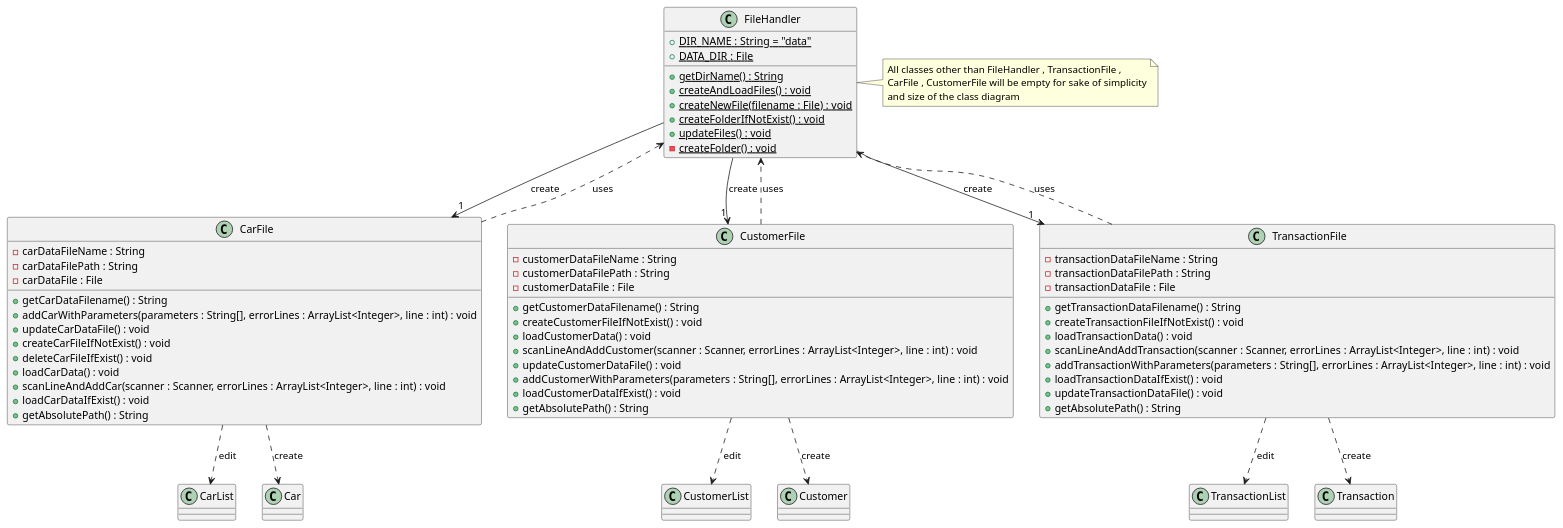
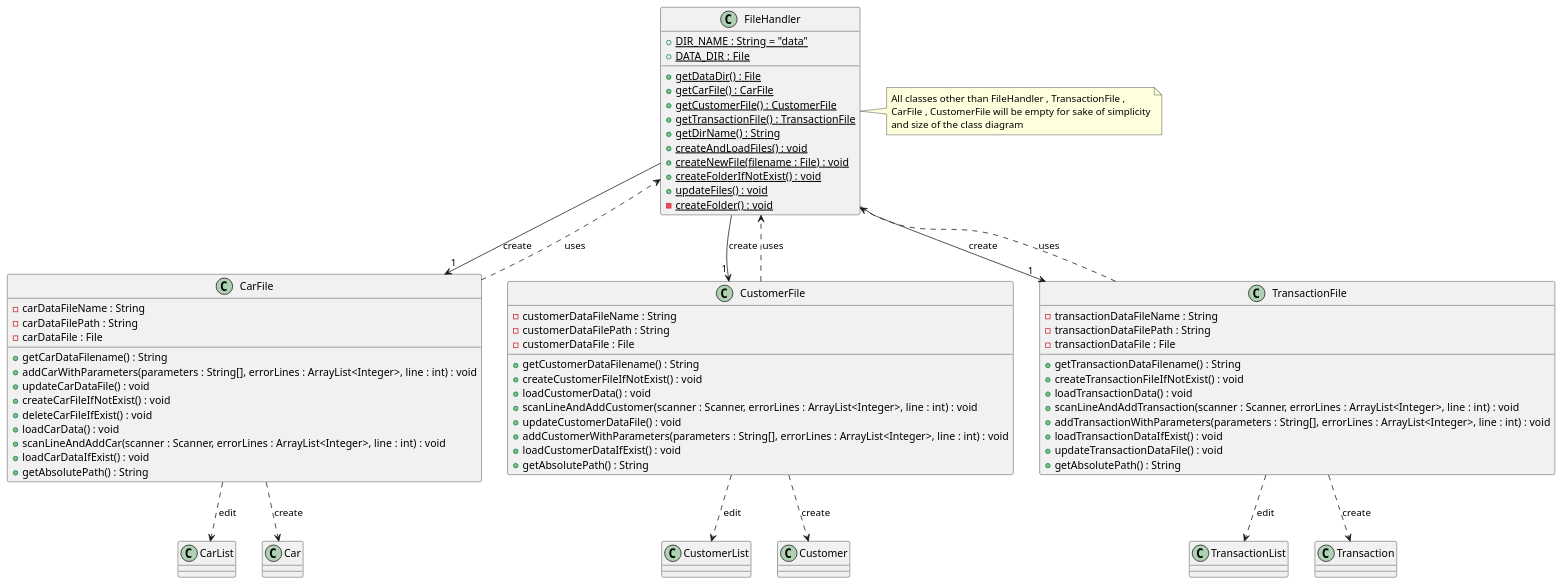
The diagram in docs/UML/FileHandlerClassDiagram.puml (rexkoh425/tp), drawn with PlantUML before and after one commit. The commit also changed 2 other files, not shown here.

```diff
--- a/docs/UML/FileHandlerClassDiagram.puml
+++ b/docs/UML/FileHandlerClassDiagram.puml
@@ -1,79 +1,83 @@
 @startuml
 'https://plantuml.com/class-diagram
 
 class FileHandler {
     {field}{static} +DIR_NAME : String = "data"
     {field}{static} +DATA_DIR : File
+    {method}{static} +getDataDir() : File
+    {method}{static} +getCarFile() : CarFile
+    {method}{static} +getCustomerFile() : CustomerFile
+    {method}{static} +getTransactionFile() : TransactionFile
     {method}{static} +getDirName() : String
     {method}{static} +createAndLoadFiles() : void
     {method}{static} +createNewFile(filename : File) : void
     {method}{static} +createFolderIfNotExist() : void
     {method}{static} +updateFiles() : void
     {method}{static} -createFolder() : void
 }
 
 class CarFile {
     {field}  -carDataFileName : String
     {field}  -carDataFilePath : String
     {field}  -carDataFile : File
     {method} +getCarDataFilename() : String
     {method} +addCarWithParameters(parameters : String[], errorLines : ArrayList<Integer>, line : int) : void
     {method} +updateCarDataFile() : void
     {method} +createCarFileIfNotExist() : void
     {method} +deleteCarFileIfExist() : void
     {method} +loadCarData() : void
     {method} +scanLineAndAddCar(scanner : Scanner, errorLines : ArrayList<Integer>, line : int) : void
     {method} +loadCarDataIfExist() : void
     {method} +getAbsolutePath() : String
 }
 
 class CustomerFile {
     {field}  -customerDataFileName : String
     {field}  -customerDataFilePath : String
     {field}  -customerDataFile : File
     {method} +getCustomerDataFilename() : String
     {method} +createCustomerFileIfNotExist() : void
     {method} +loadCustomerData() : void
     {method} +scanLineAndAddCustomer(scanner : Scanner, errorLines : ArrayList<Integer>, line : int) : void
     {method} +updateCustomerDataFile() : void
     {method} +addCustomerWithParameters(parameters : String[], errorLines : ArrayList<Integer>, line : int) : void
     {method} +loadCustomerDataIfExist() : void
     {method} +getAbsolutePath() : String
 }
 
 class TransactionFile {
     {field}  -transactionDataFileName : String
     {field}  -transactionDataFilePath : String
     {field}  -transactionDataFile : File
     {method} +getTransactionDataFilename() : String
     {method} +createTransactionFileIfNotExist() : void
     {method} +loadTransactionData() : void
     {method} +scanLineAndAddTransaction(scanner : Scanner, errorLines : ArrayList<Integer>, line : int) : void
     {method} +addTransactionWithParameters(parameters : String[], errorLines : ArrayList<Integer>, line : int) : void
     {method} +loadTransactionDataIfExist() : void
     {method} +updateTransactionDataFile() : void
     {method} +getAbsolutePath() : String
 }
 
 FileHandler --> "1" CarFile : "create"
 FileHandler --> "1" CustomerFile : "create"
 FileHandler --> "1" TransactionFile : "create"
 
 CarFile ..> CarList : "edit"
 CarFile ..> Car : "create"
 CarFile ..> FileHandler : "uses"
 
 CustomerFile ..> CustomerList : "edit"
 CustomerFile ..> FileHandler : "uses"
 CustomerFile ..> Customer : "create"
 
 TransactionFile ..> TransactionList : "edit"
 TransactionFile ..> Transaction : "create"
 TransactionFile ..> FileHandler : "uses"
 
 note right of FileHandler
     All classes other than FileHandler , TransactionFile ,
     CarFile , CustomerFile will be empty for sake of simplicity
     and size of the class diagram
 end note
 @enduml
```
